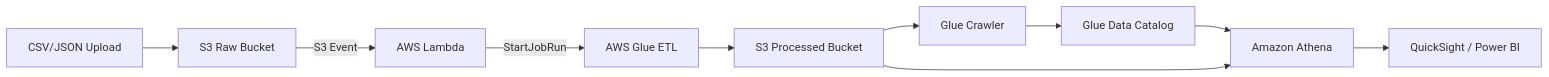
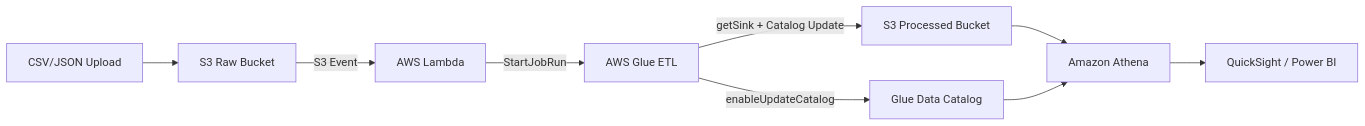
Before and after one commit to IsahiRea/aws-etl-pipeline: the diagram in README.md, drawn with Mermaid. The commit also changed other lines of this file and 2 other files, not shown here.

First line of the commit message:
Update README, setup guide, and gitignore for Glue-native ETL

````diff
--- a/README.md
+++ b/README.md
@@ -14,12 +14,11 @@
 ```mermaid
 flowchart LR
     A[CSV/JSON Upload] --> B[S3 Raw Bucket]
     B -->|S3 Event| C[AWS Lambda]
     C -->|StartJobRun| D[AWS Glue ETL]
-    D --> E[S3 Processed Bucket]
-    E --> F[Glue Crawler]
-    F --> G[Glue Data Catalog]
-    G --> H[Amazon Athena]
-    E --> H
+    D -->|getSink + Catalog Update| E[S3 Processed Bucket]
+    D -->|enableUpdateCatalog| G[Glue Data Catalog]
+    E --> H[Amazon Athena]
+    G --> H
     H --> I[QuickSight / Power BI]
 ```
````
